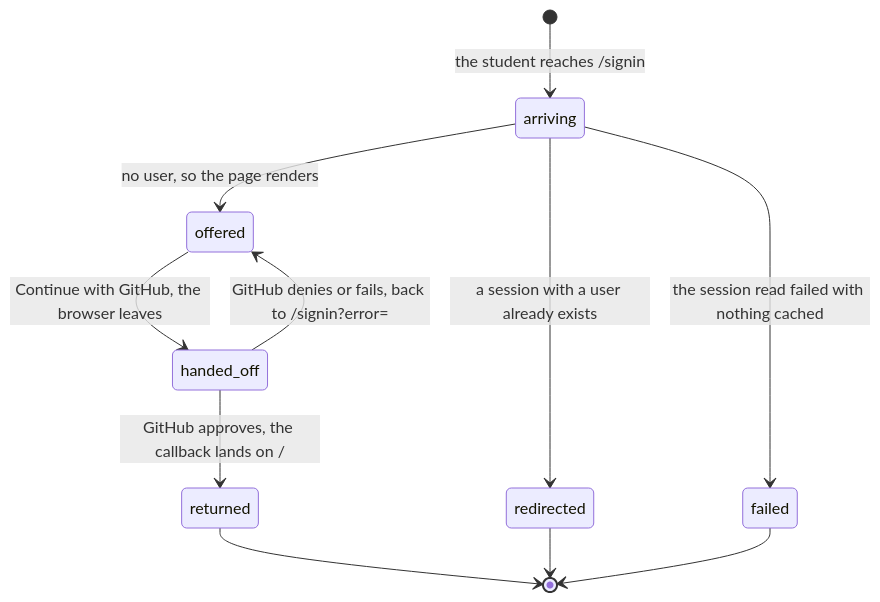
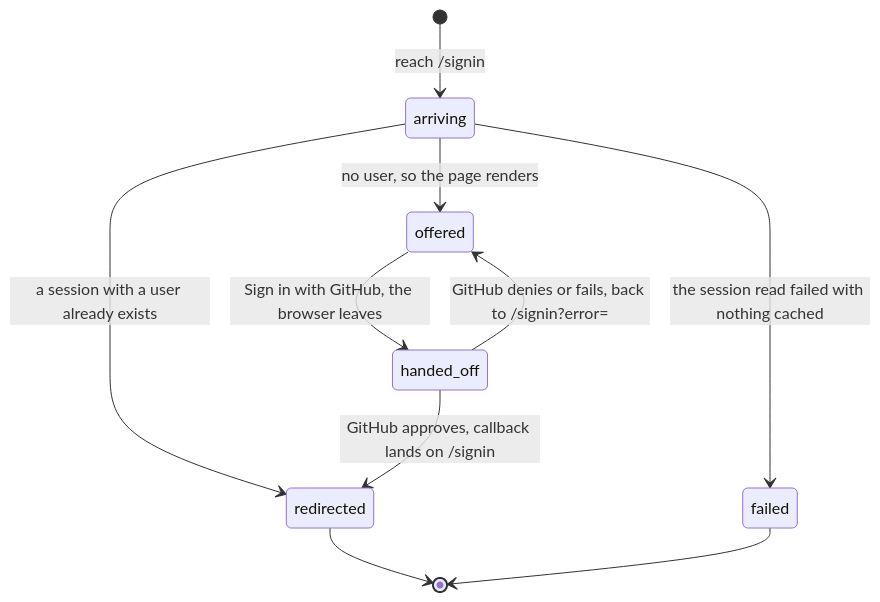
The diagram in docs/product-description/portal/sign-in.md (SamGu-NRX/CogPortal), drawn with Mermaid before and after one commit. The commit also changed other lines of this file and 41 other files, not shown here.

````diff
--- a/docs/product-description/portal/sign-in.md
+++ b/docs/product-description/portal/sign-in.md
@@ -21,13 +17,12 @@
 ```mermaid
 stateDiagram-v2
-    [*] --> arriving : the student reaches /signin
+    [*] --> arriving : reach /signin
     arriving --> redirected : a session with a user already exists
     arriving --> failed : the session read failed with nothing cached
     arriving --> offered : no user, so the page renders
-    offered --> handed_off : Continue with GitHub, the browser leaves
-    handed_off --> returned : GitHub approves, the callback lands on /
+    offered --> handed_off : Sign in with GitHub, the browser leaves
+    handed_off --> redirected : GitHub approves, callback lands on /signin
     handed_off --> offered : GitHub denies or fails, back to /signin?error=
-    returned --> [*]
     redirected --> [*]
     failed --> [*]
 ```
````
